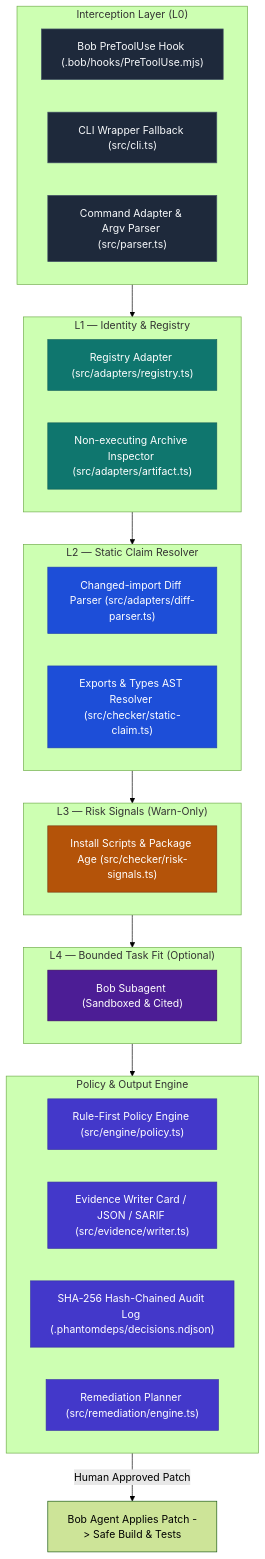
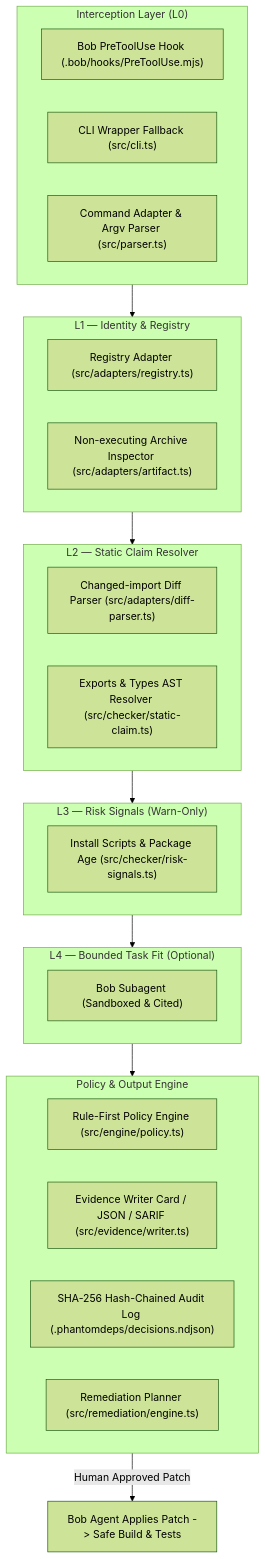
Before and after one commit to adishxm/phantomdeps: the third of 4 diagrams in README.md, drawn with Mermaid (forest theme). The commit also changed other lines of this file, not shown here.

Commit message:
docs: remove custom colors from Mermaid flowcharts in README

````diff
--- a/README.md
+++ b/README.md
@@ -154,54 +122,40 @@
 ```mermaid
 flowchart TD
     subgraph Interception ["Interception Layer (L0)"]
         A1["Bob PreToolUse Hook (.bob/hooks/PreToolUse.mjs)"]
         A2["CLI Wrapper Fallback (src/cli.ts)"]
         A3["Command Adapter & Argv Parser (src/parser.ts)"]
     end
 
     subgraph Identity ["L1 — Identity & Registry"]
         B1["Registry Adapter (src/adapters/registry.ts)"]
         B2["Non-executing Archive Inspector (src/adapters/artifact.ts)"]
     end
 
     subgraph StaticResolver ["L2 — Static Claim Resolver"]
         C1["Changed-import Diff Parser (src/adapters/diff-parser.ts)"]
         C2["Exports & Types AST Resolver (src/checker/static-claim.ts)"]
     end
 
     subgraph RiskSignals ["L3 — Risk Signals (Warn-Only)"]
         D1["Install Scripts & Package Age (src/checker/risk-signals.ts)"]
     end
 
     subgraph BoundedFit ["L4 — Bounded Task Fit (Optional)"]
         E1["Bob Subagent (Sandboxed & Cited)"]
     end
 
     subgraph PolicyEngine ["Policy & Output Engine"]
         F1["Rule-First Policy Engine (src/engine/policy.ts)"]
         F2["Evidence Writer Card / JSON / SARIF (src/evidence/writer.ts)"]
         F3["SHA-256 Hash-Chained Audit Log (.phantomdeps/decisions.ndjson)"]
         F4["Remediation Planner (src/remediation/engine.ts)"]
     end
 
     Interception --> Identity
     Identity --> StaticResolver
     StaticResolver --> RiskSignals
     RiskSignals --> BoundedFit
     BoundedFit --> PolicyEngine
     PolicyEngine -- "Human Approved Patch" --> G["Bob Agent Applies Patch -> Safe Build & Tests"]
-
-    classDef layer0 fill:#1e293b,stroke:#475569,color:#f8fafc;
-    classDef layer1 fill:#0f766e,stroke:#115e59,color:#ffffff;
-    classDef layer2 fill:#1d4ed8,stroke:#1e40af,color:#ffffff;
-    classDef layer3 fill:#b45309,stroke:#78350f,color:#ffffff;
-    classDef layer4 fill:#4c1d95,stroke:#3b0764,color:#ffffff;
-    classDef policy fill:#4338ca,stroke:#3730a3,color:#ffffff;
-
-    class A1,A2,A3 layer0;
-    class B1,B2 layer1;
-    class C1,C2 layer2;
-    class D1 layer3;
-    class E1 layer4;
-    class F1,F2,F3,F4 policy;
 ```
````
